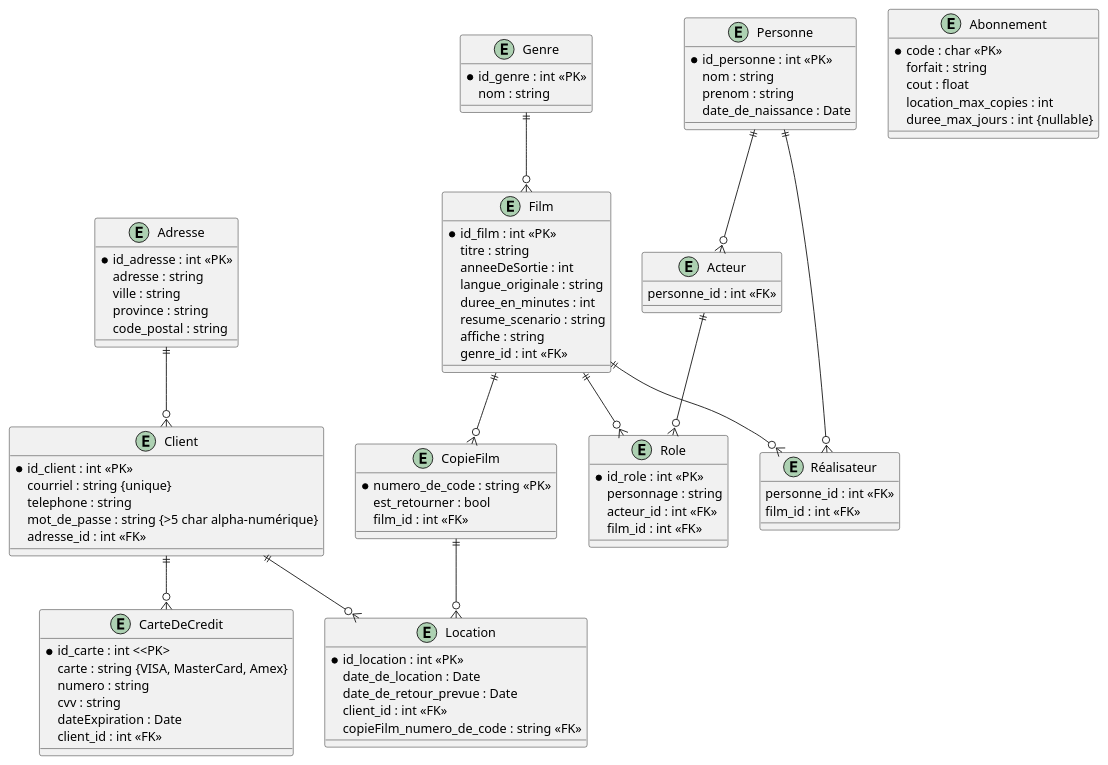
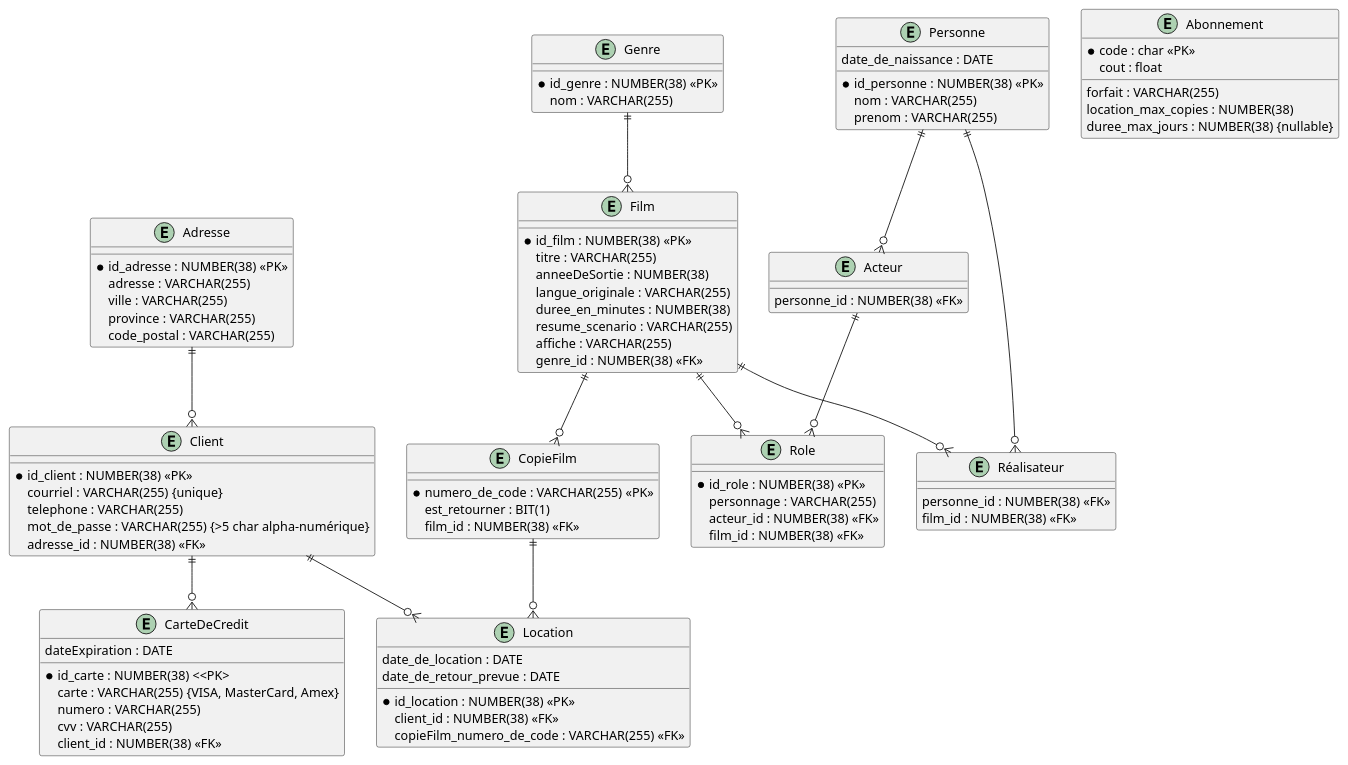
Before and after one commit to samihanine/log660-labo1: the diagram in tache1.puml, drawn with PlantUML.

Commit message:
fix: Refactor data types and lengths in UML class diagram

```diff
--- a/tache1.puml
+++ b/tache1.puml
@@ -1,99 +1,99 @@
 @startuml
 entity "Client" as Client {
-  *id_client : int <<PK>>
-  courriel : string {unique}
-  telephone : string
-  mot_de_passe : string {>5 char alpha-numérique}
-  adresse_id : int <<FK>>
+  *id_client : NUMBER(38) <<PK>>
+  courriel : VARCHAR(255) {unique}
+  telephone : VARCHAR(255)
+  mot_de_passe : VARCHAR(255) {>5 char alpha-numérique}
+  adresse_id : NUMBER(38) <<FK>>
 }
 
 entity "Adresse" as Adresse {
-  *id_adresse : int <<PK>>
-  adresse : string
-  ville : string
-  province : string
-  code_postal : string
+  *id_adresse : NUMBER(38) <<PK>>
+  adresse : VARCHAR(255)
+  ville : VARCHAR(255)
+  province : VARCHAR(255)
+  code_postal : VARCHAR(255)
 }
 
 entity "CarteDeCredit" as CarteDeCredit {
-  *id_carte : int <<PK>
-  carte : string {VISA, MasterCard, Amex}
-  numero : string
-  cvv : string
-  dateExpiration : Date
-  client_id : int <<FK>>
+  *id_carte : NUMBER(38) <<PK>
+  carte : VARCHAR(255) {VISA, MasterCard, Amex}
+  numero : VARCHAR(255)
+  cvv : VARCHAR(255)
+  dateExpiration : DATE
+  client_id : NUMBER(38) <<FK>>
 }
 
 entity "Abonnement" as Abonnement {
   *code : char <<PK>>
-  forfait : string
+  forfait : VARCHAR(255)
   cout : float
-  location_max_copies : int
-  duree_max_jours : int {nullable}
+  location_max_copies : NUMBER(38)
+  duree_max_jours : NUMBER(38) {nullable}
 }
 
 entity "Film" as Film {
-  *id_film : int <<PK>>
-  titre : string
-  anneeDeSortie : int
-  langue_originale : string
-  duree_en_minutes : int
-  resume_scenario : string
-  affiche : string
-  genre_id : int <<FK>>
+  *id_film : NUMBER(38) <<PK>>
+  titre : VARCHAR(255)
+  anneeDeSortie : NUMBER(38)
+  langue_originale : VARCHAR(255)
+  duree_en_minutes : NUMBER(38)
+  resume_scenario : VARCHAR(255)
+  affiche : VARCHAR(255)
+  genre_id : NUMBER(38) <<FK>>
 }
 
 entity "Genre" as Genre {
-  *id_genre : int <<PK>>
-  nom : string
+  *id_genre : NUMBER(38) <<PK>>
+  nom : VARCHAR(255)
 }
 
 entity "Personne" as Personne {
-  *id_personne : int <<PK>>
-  nom : string
-  prenom : string
-  date_de_naissance : Date
+  *id_personne : NUMBER(38) <<PK>>
+  nom : VARCHAR(255)
+  prenom : VARCHAR(255)
+  date_de_naissance : DATE
 }
 
 entity "Acteur" as Acteur {
-  personne_id : int <<FK>>
+  personne_id : NUMBER(38) <<FK>>
 }
 
 entity "Role" as Role {
-  *id_role : int <<PK>>
-  personnage : string
-  acteur_id : int <<FK>>
-  film_id : int <<FK>>
+  *id_role : NUMBER(38) <<PK>>
+  personnage : VARCHAR(255)
+  acteur_id : NUMBER(38) <<FK>>
+  film_id : NUMBER(38) <<FK>>
 }
 
 entity "Réalisateur" as Réalisateur {
-  personne_id : int <<FK>>
-  film_id : int <<FK>>
+  personne_id : NUMBER(38) <<FK>>
+  film_id : NUMBER(38) <<FK>>
 }
 
 entity "CopieFilm" as CopieFilm {
-  *numero_de_code : string <<PK>>
-  est_retourner : bool
-  film_id : int <<FK>>
+  *numero_de_code : VARCHAR(255) <<PK>>
+  est_retourner : BIT(1) 
+  film_id : NUMBER(38) <<FK>>
 }
 
 entity "Location" as Location {
-  *id_location : int <<PK>>
-  date_de_location : Date
-  date_de_retour_prevue : Date
-  client_id : int <<FK>>
-  copieFilm_numero_de_code : string <<FK>>
+  *id_location : NUMBER(38) <<PK>>
+  date_de_location : DATE
+  date_de_retour_prevue : DATE
+  client_id : NUMBER(38) <<FK>>
+  copieFilm_numero_de_code : VARCHAR(255) <<FK>>
 }
 
 Adresse ||--o{ Client
 Client ||--o{ CarteDeCredit
 Client ||--o{ Location
 Film ||--o{ Role
 Film ||--o{ Réalisateur
 Film ||--o{ CopieFilm
 Personne ||--o{ Acteur
 Personne ||--o{ Réalisateur
 Genre ||--o{ Film
 CopieFilm ||--o{ Location
 Acteur ||--o{ Role
 @enduml
```
